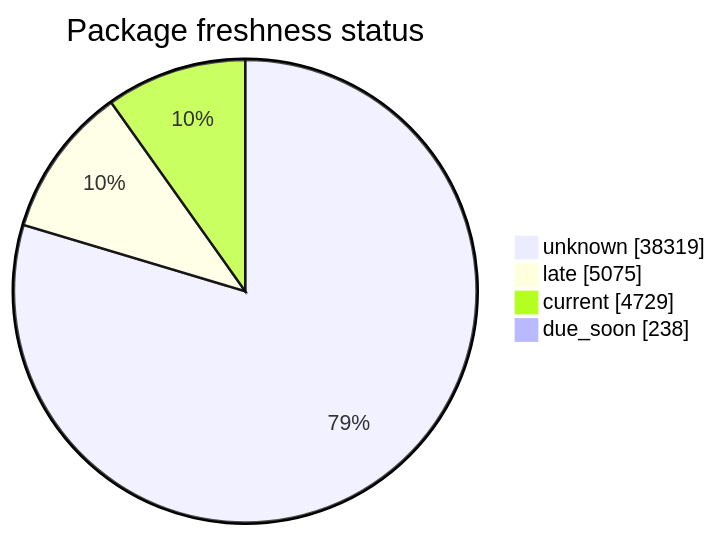
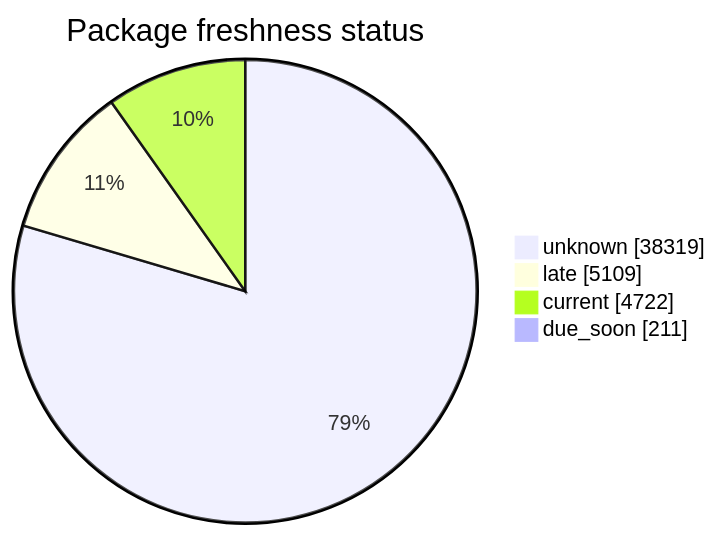
One commit to open-data/analytics-corporate-reporting changed the second of 5 diagrams in FreshCheck/README.md. Above: the diagram before and after it, drawn with Mermaid. The commit also changed other lines of this file and 3 other files, not shown here.

````diff
--- a/FreshCheck/README.md
+++ b/FreshCheck/README.md
@@ -68,7 +68,7 @@
 ```mermaid
 pie showData title Package freshness status
     "unknown": 38319
-    "late": 5075
-    "current": 4729
-    "due_soon": 238
+    "late": 5109
+    "current": 4722
+    "due_soon": 211
 ```
````
